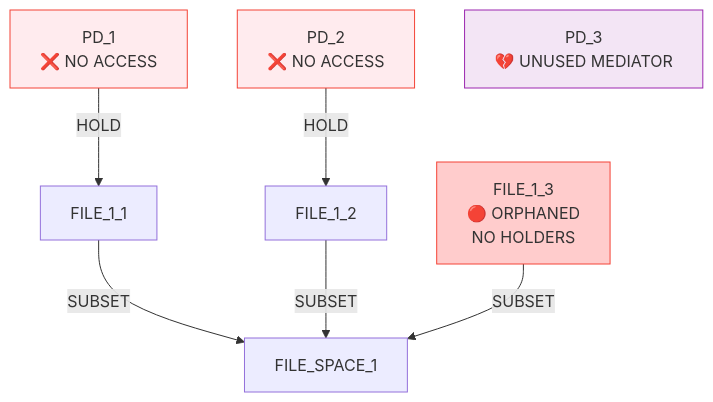
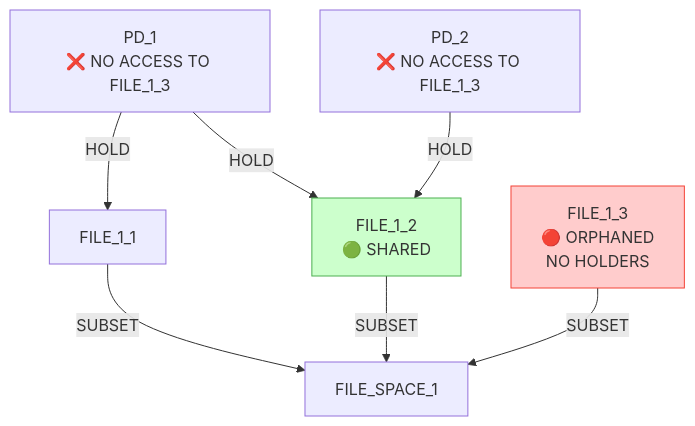
One commit to sid-agrawal/OSmosis changed the fourth of 8 diagrams in scripts/proc/submarine/mediator_test_indirect_detailed_analysis.md. Above: the diagram before and after it, drawn with Mermaid. The commit also changed other lines of this file and 2 other files, not shown here.

````diff
--- a/scripts/proc/submarine/mediator_test_indirect_detailed_analysis.md
+++ b/scripts/proc/submarine/mediator_test_indirect_detailed_analysis.md
@@ -137,21 +156,19 @@
 ```mermaid
 graph TD
-    PD1[PD_1<br/>❌ NO ACCESS] 
-    PD2[PD_2<br/>❌ NO ACCESS]
-    PD3[PD_3<br/>💔 UNUSED MEDIATOR]
+    PD1[PD_1<br/>❌ NO ACCESS TO FILE_1_3] 
+    PD2[PD_2<br/>❌ NO ACCESS TO FILE_1_3]
     FS[FILE_SPACE_1]
     F1[FILE_1_1]
-    F2[FILE_1_2]
+    F2[FILE_1_2<br/>🟢 SHARED]
     F3[FILE_1_3<br/>🔴 ORPHANED<br/>NO HOLDERS]
     
     PD1 -->|HOLD| F1
+    PD1 -->|HOLD| F2
     PD2 -->|HOLD| F2
     F1 -->|SUBSET| FS
     F2 -->|SUBSET| FS
     F3 -->|SUBSET| FS
     
+    style F2 fill:#ccffcc,stroke:#4caf50
     style F3 fill:#ffcccc,stroke:#f44336
-    style PD1 fill:#ffebee,stroke:#f44336
-    style PD2 fill:#ffebee,stroke:#f44336
-    style PD3 fill:#f3e5f5,stroke:#9c27b0
 ```
````
